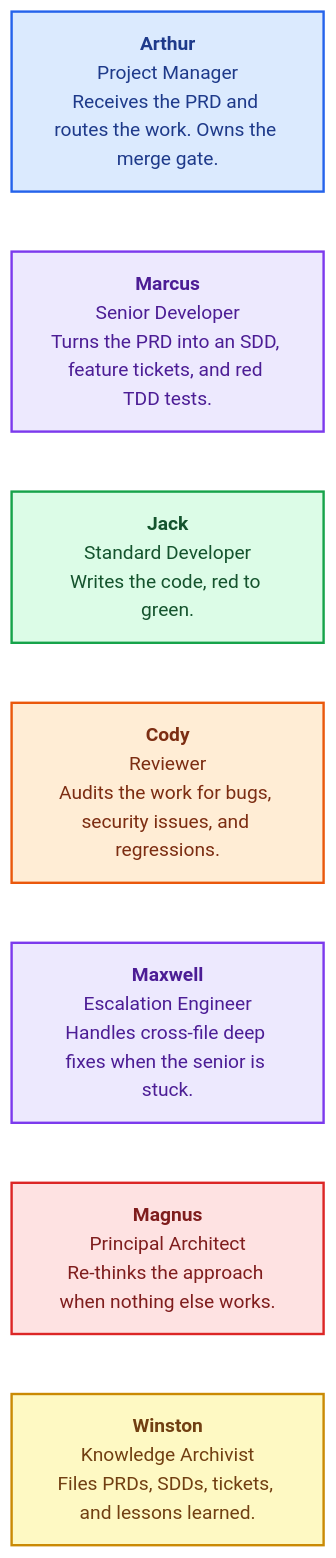
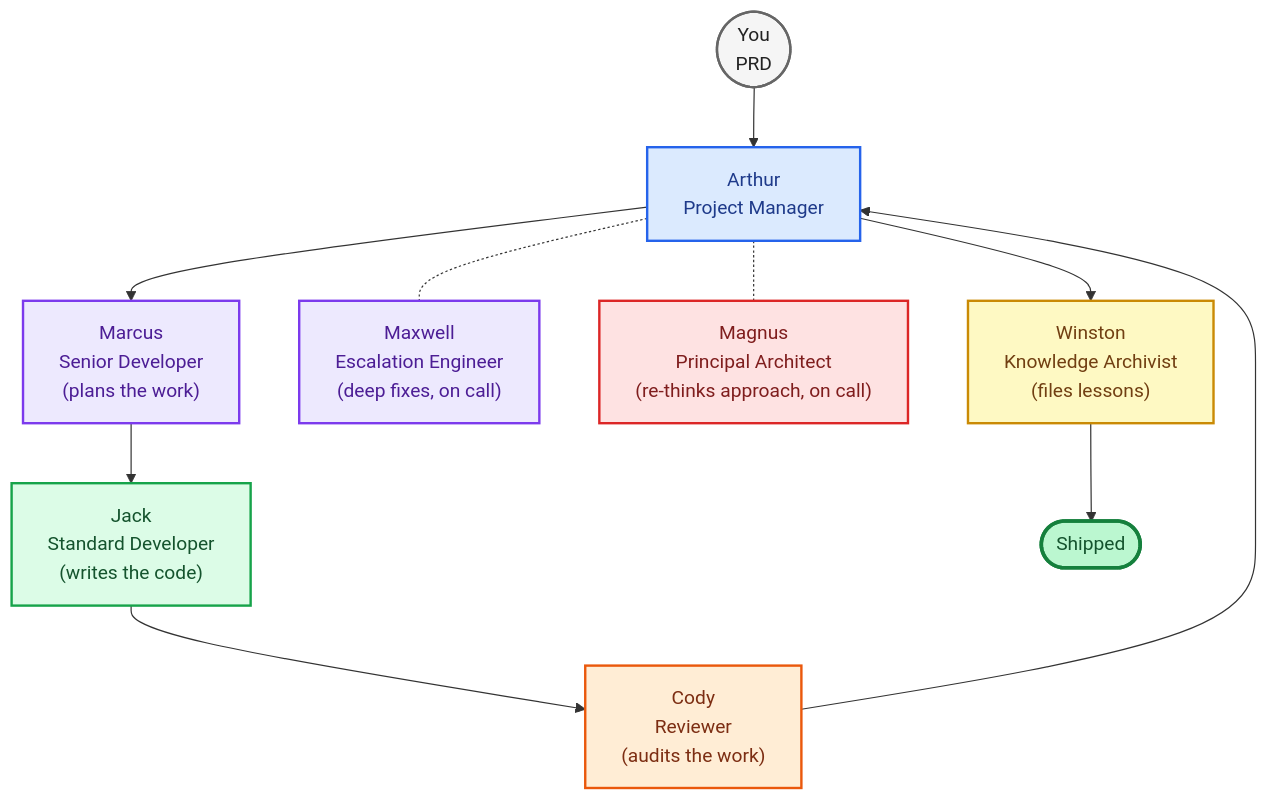
Before and after one commit to 5percentdrops/pantheon-mini: the diagram in README.md, drawn with Mermaid. The commit also changed other lines of this file, not shown here.

Commit message:
docs: diagram as actual team org chart with happy-path flow
User: "This is no longer a diagram, just a bunch of squares. We need a diagram."

Rewrote as a proper Mermaid flowchart with real connections:
  - PRD enters at top (You)
  - Happy-path flow shown with solid arrows:
      Arthur -> Marcus -> Jack -> Cody -> Arthur -> Winston -> Shipped
  - Maxwell + Magnus shown as on-call specialists with DOTTED lines from Arthur
    (they're part of the team but only step in when Jack genuinely can't get
    unstuck — escalation is not the main story)
  - Each card: name + role + one-line "what they do"
  - Color-coded by role family

Now you can see at a glance:
  - Who the 7 players are (all on screen, named)
  - What each one does (role + one-liner per card)
  - How they connect (solid arrows for the normal flow, dotted for on-call)
  - Where the work starts and ends (You at the top, Shipped at the bottom)

No attempt numbers. No escalation tiers. No "stuck after 12" labels. Just the
team and how the work moves between them.

````diff
--- a/README.md
+++ b/README.md
@@ -74,31 +74,42 @@
 ```mermaid
-flowchart TB
-    Arthur["<b>Arthur</b><br/>Project Manager<br/>Receives the PRD and routes the work. Owns the merge gate."]
-    Marcus["<b>Marcus</b><br/>Senior Developer<br/>Turns the PRD into an SDD, feature tickets, and red TDD tests."]
-    Jack["<b>Jack</b><br/>Standard Developer<br/>Writes the code, red to green."]
-    Cody["<b>Cody</b><br/>Reviewer<br/>Audits the work for bugs, security issues, and regressions."]
-    Maxwell["<b>Maxwell</b><br/>Escalation Engineer<br/>Handles cross-file deep fixes when the senior is stuck."]
-    Magnus["<b>Magnus</b><br/>Principal Architect<br/>Re-thinks the approach when nothing else works."]
-    Winston["<b>Winston</b><br/>Knowledge Archivist<br/>Files PRDs, SDDs, tickets, and lessons learned."]
+flowchart TD
+    You(["You<br/>PRD"])
+    Arthur["Arthur<br/>Project Manager"]
+    Marcus["Marcus<br/>Senior Developer<br/>(plans the work)"]
+    Jack["Jack<br/>Standard Developer<br/>(writes the code)"]
+    Cody["Cody<br/>Reviewer<br/>(audits the work)"]
+    Maxwell["Maxwell<br/>Escalation Engineer<br/>(deep fixes, on call)"]
+    Magnus["Magnus<br/>Principal Architect<br/>(re-thinks approach, on call)"]
+    Winston["Winston<br/>Knowledge Archivist<br/>(files lessons)"]
+    Shipped(["Shipped"])
 
-    Arthur  ~~~ Marcus
-    Marcus  ~~~ Jack
-    Jack    ~~~ Cody
-    Cody    ~~~ Maxwell
-    Maxwell ~~~ Magnus
-    Magnus  ~~~ Winston
+    You --> Arthur
+    Arthur --> Marcus
+    Marcus --> Jack
+    Jack --> Cody
+    Cody --> Arthur
+    Arthur --> Winston
+    Winston --> Shipped
 
+    Arthur -.- Maxwell
+    Arthur -.- Magnus
+
+    classDef io       fill:#f5f5f5,stroke:#666,stroke-width:2px,color:#222
     classDef pm       fill:#dbeafe,stroke:#2563eb,stroke-width:2px,color:#1e3a8a
     classDef senior   fill:#ede9fe,stroke:#7c3aed,stroke-width:2px,color:#4c1d95
     classDef dev      fill:#dcfce7,stroke:#16a34a,stroke-width:2px,color:#14532d
     classDef review   fill:#ffedd5,stroke:#ea580c,stroke-width:2px,color:#7c2d12
     classDef arch     fill:#fee2e2,stroke:#dc2626,stroke-width:2px,color:#7f1d1d
     classDef archive  fill:#fef9c3,stroke:#ca8a04,stroke-width:2px,color:#713f12
+    classDef done     fill:#bbf7d0,stroke:#15803d,stroke-width:3px,color:#14532d
 
+    class You io
     class Arthur pm
-    class Marcus,Maxwell senior
+    class Marcus senior
     class Jack dev
     class Cody review
+    class Maxwell senior
     class Magnus arch
     class Winston archive
+    class Shipped done
 ```
````
